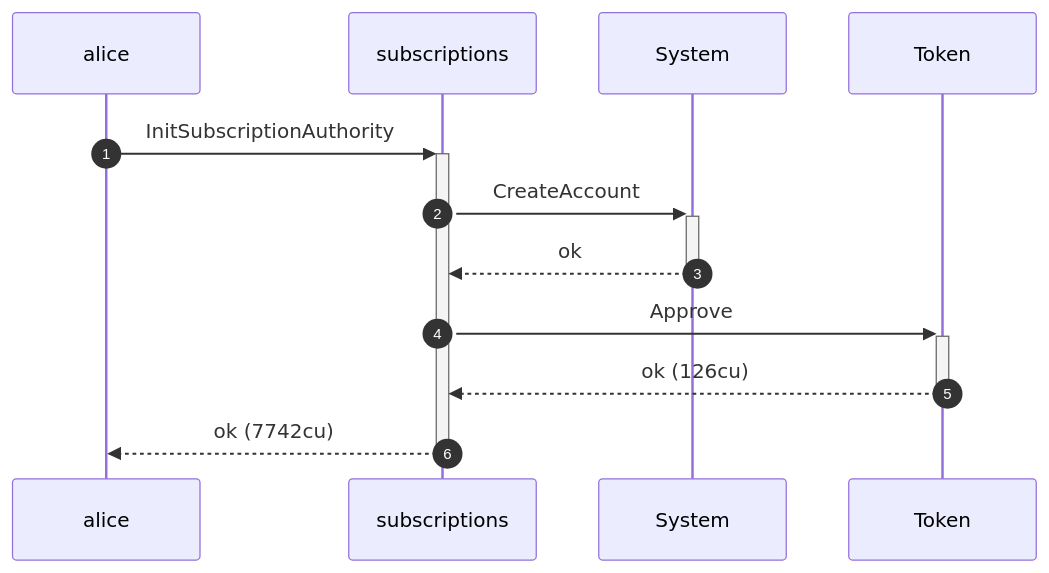
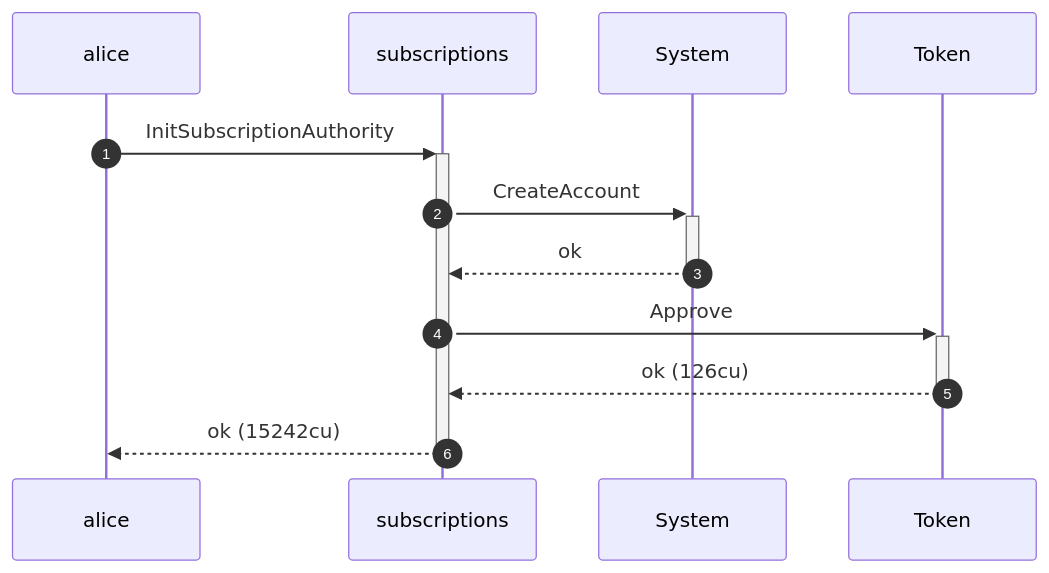
Before and after one commit to cds-rs/subscriptions: the second of 4 diagrams in dsl_tests/a-non-owner-cannot-close-the-authority.md, drawn with Mermaid. The commit also changed other lines of this file and 224 other files, not shown here.

````diff
--- a/dsl_tests/a-non-owner-cannot-close-the-authority.md
+++ b/dsl_tests/a-non-owner-cannot-close-the-authority.md
@@ -36,14 +37,14 @@
 ```mermaid
 sequenceDiagram
     autonumber
     participant alice
     participant subscriptions
     participant System
     participant Token
     alice ->>+ subscriptions: InitSubscriptionAuthority
     subscriptions ->>+ System: CreateAccount
     System -->>- subscriptions: ok
     subscriptions ->>+ Token: Approve
     Token -->>- subscriptions: ok (126cu)
-    subscriptions -->>- alice: ok (7742cu)
+    subscriptions -->>- alice: ok (15242cu)
 ```
````
